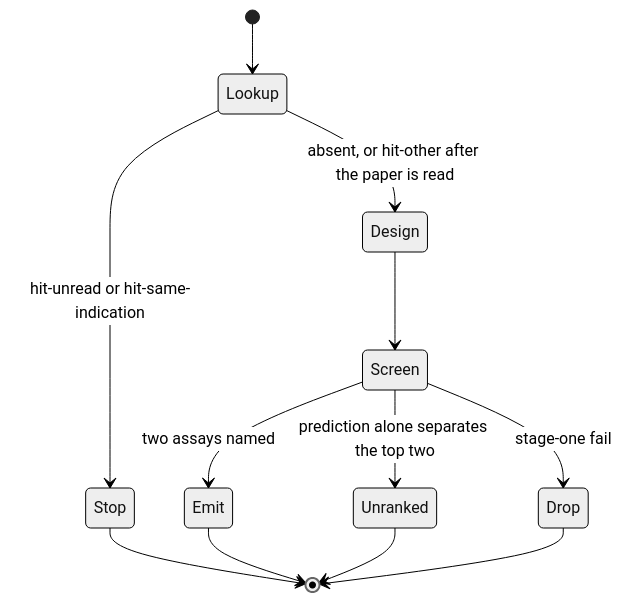
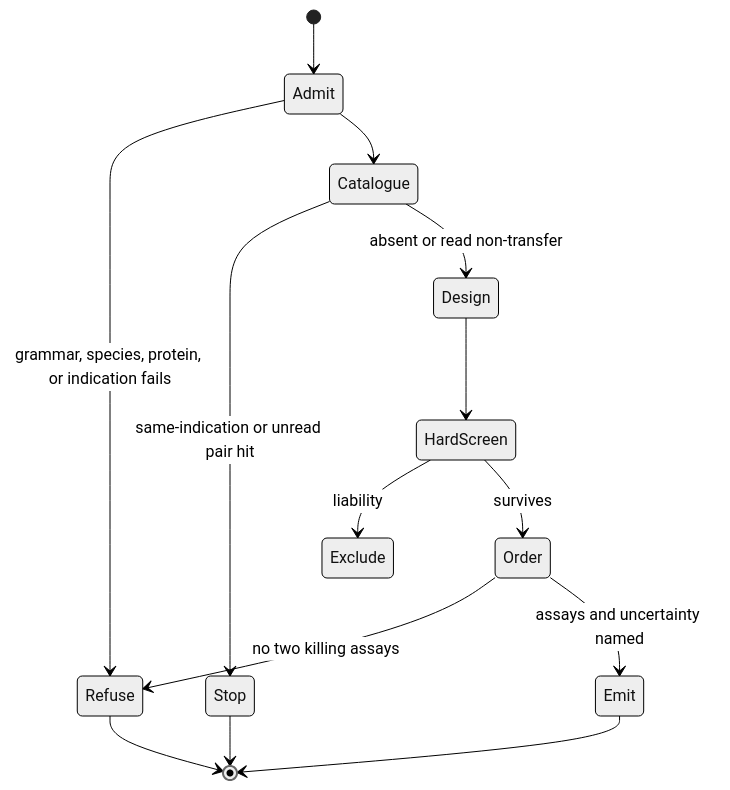
The diagram in skills/design-binder.md (wetware-hq/catalog), drawn with Mermaid (neutral theme) before and after one commit. The commit also changed other lines of this file and 10 other files, not shown here.

````diff
--- a/skills/design-binder.md
+++ b/skills/design-binder.md
@@ -64,14 +76,16 @@
 ```mermaid
 stateDiagram-v2
-[*] --> Lookup
-Lookup --> Stop: hit-unread or hit-same-indication
-Lookup --> Design: absent, or hit-other after the paper is read
-Design --> Screen
-Screen --> Drop: stage-one fail
-Screen --> Emit: two assays named
-Screen --> Unranked: prediction alone separates the top two
-Stop --> [*]
-Emit --> [*]
-Unranked --> [*]
-Drop --> [*]
+    [*] --> Admit
+    Admit --> Refuse: grammar, species, protein, or indication fails
+    Admit --> Catalogue
+    Catalogue --> Stop: same-indication or unread pair hit
+    Catalogue --> Design: absent or read non-transfer
+    Design --> HardScreen
+    HardScreen --> Exclude: liability
+    HardScreen --> Order: survives
+    Order --> Refuse: no two killing assays
+    Order --> Emit: assays and uncertainty named
+    Emit --> [*]
+    Stop --> [*]
+    Refuse --> [*]
 ```
````
